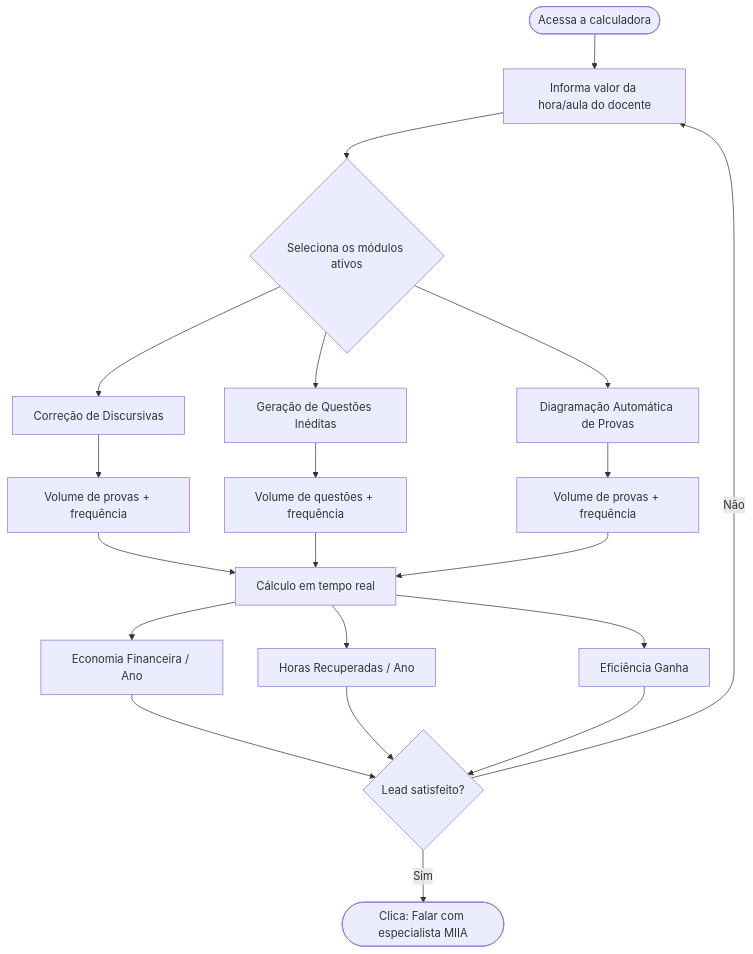
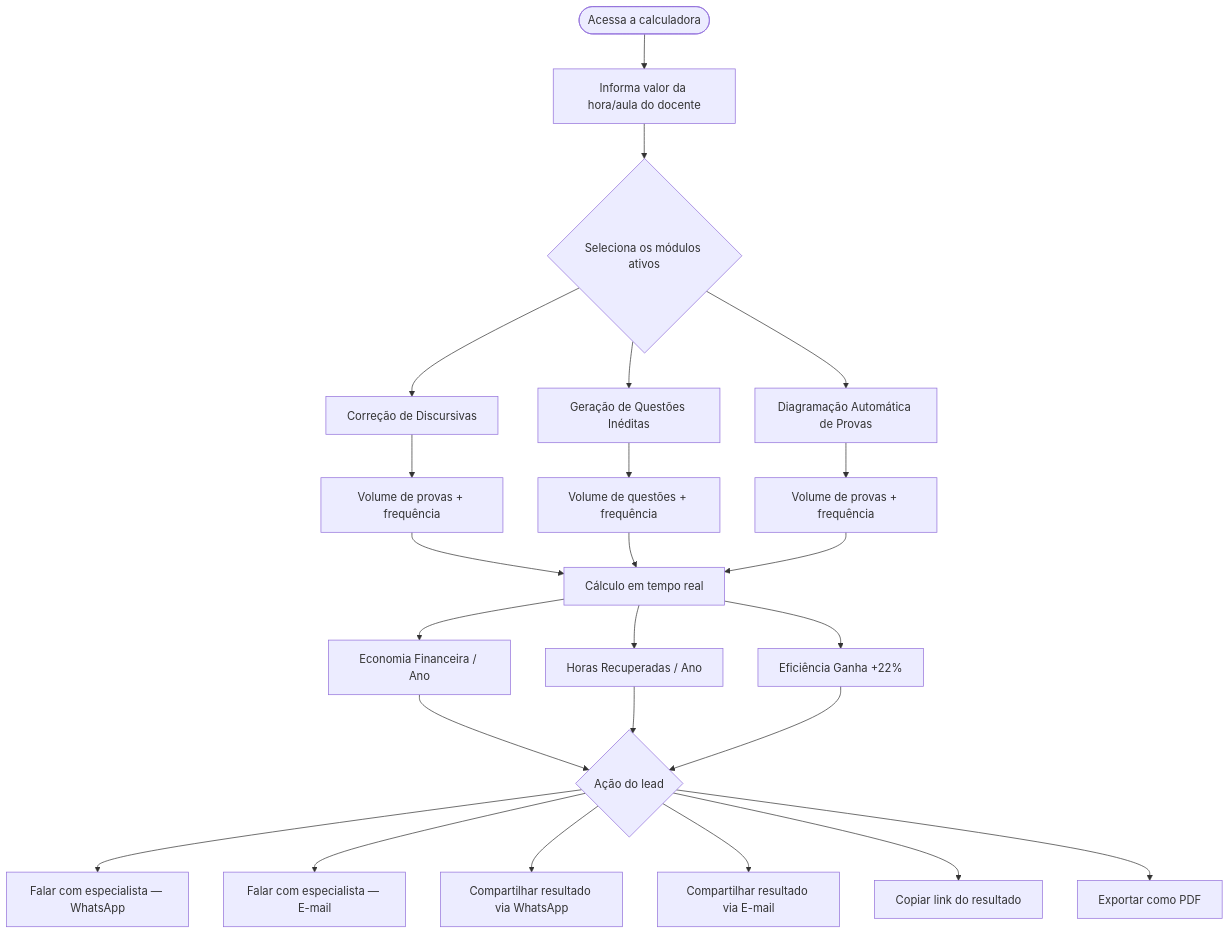
The first of 5 diagrams in README.md (Gustavo130803/calculadora-miia), drawn with Mermaid before and after one commit. The commit also changed other lines of this file, not shown here.

Commit message:
docs: atualiza README — Montserrat, fluxo de compartilhamento e diagrama de ações

````diff
--- a/README.md
+++ b/README.md
@@ -11,23 +11,28 @@
 ```mermaid
 flowchart TD
     A([Acessa a calculadora]) --> B[Informa valor da hora/aula do docente]
     B --> C{Seleciona os módulos ativos}
 
     C --> D[Correção de Discursivas]
     C --> E[Geração de Questões Inéditas]
     C --> F[Diagramação Automática de Provas]
 
     D --> D1[Volume de provas + frequência]
     E --> E1[Volume de questões + frequência]
     F --> F1[Volume de provas + frequência]
 
     D1 & E1 & F1 --> G[Cálculo em tempo real]
 
     G --> H1[Economia Financeira / Ano]
     G --> H2[Horas Recuperadas / Ano]
-    G --> H3[Eficiência Ganha]
+    G --> H3[Eficiência Ganha +22%]
 
-    H1 & H2 & H3 --> I{Lead satisfeito?}
-    I -- Sim --> J([Clica: Falar com especialista MIIA])
-    I -- Não --> B
+    H1 & H2 & H3 --> I{Ação do lead}
+
+    I --> J1[Falar com especialista — WhatsApp]
+    I --> J2[Falar com especialista — E-mail]
+    I --> J3[Compartilhar resultado via WhatsApp]
+    I --> J4[Compartilhar resultado via E-mail]
+    I --> J5[Copiar link do resultado]
+    I --> J6[Exportar como PDF]
 ```
````
